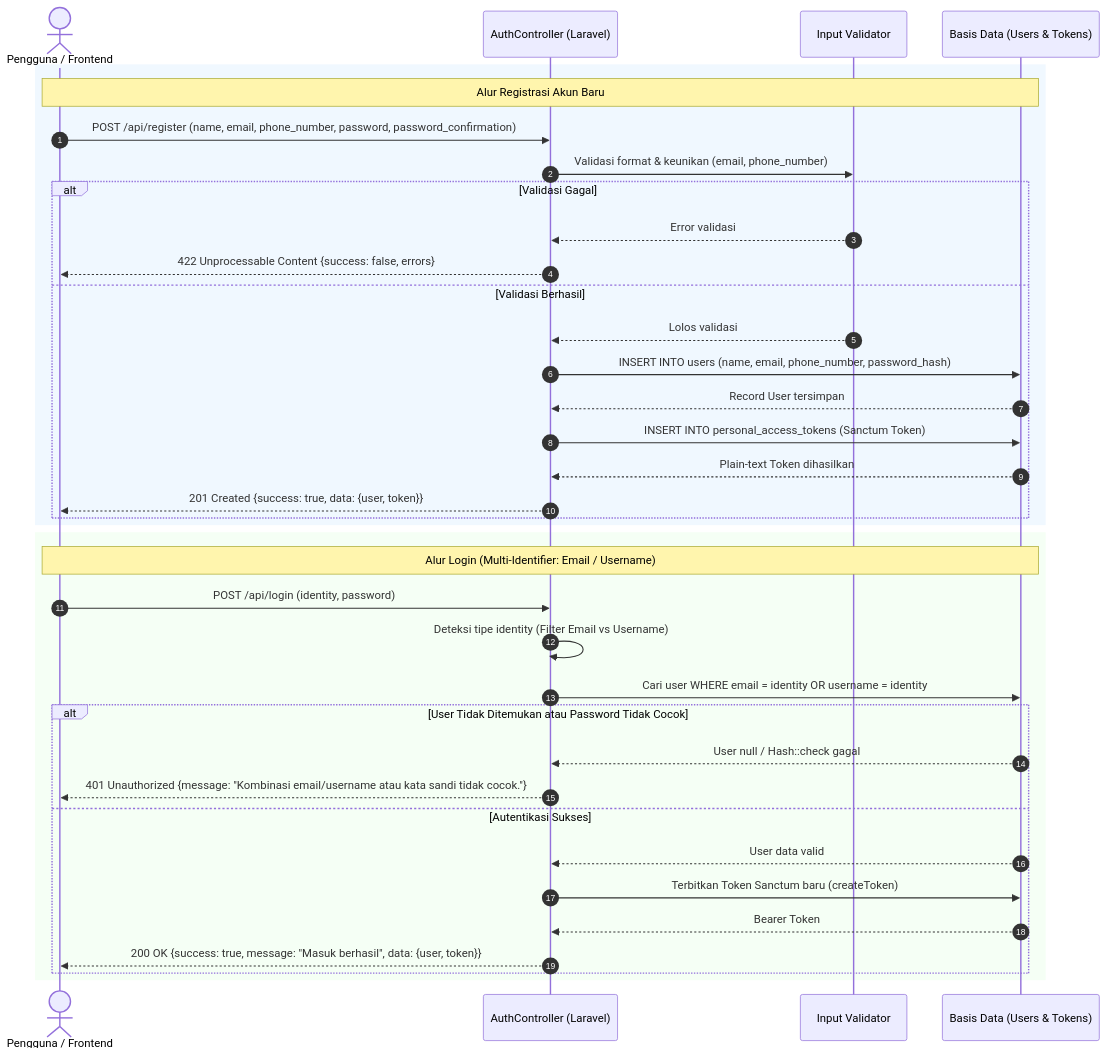
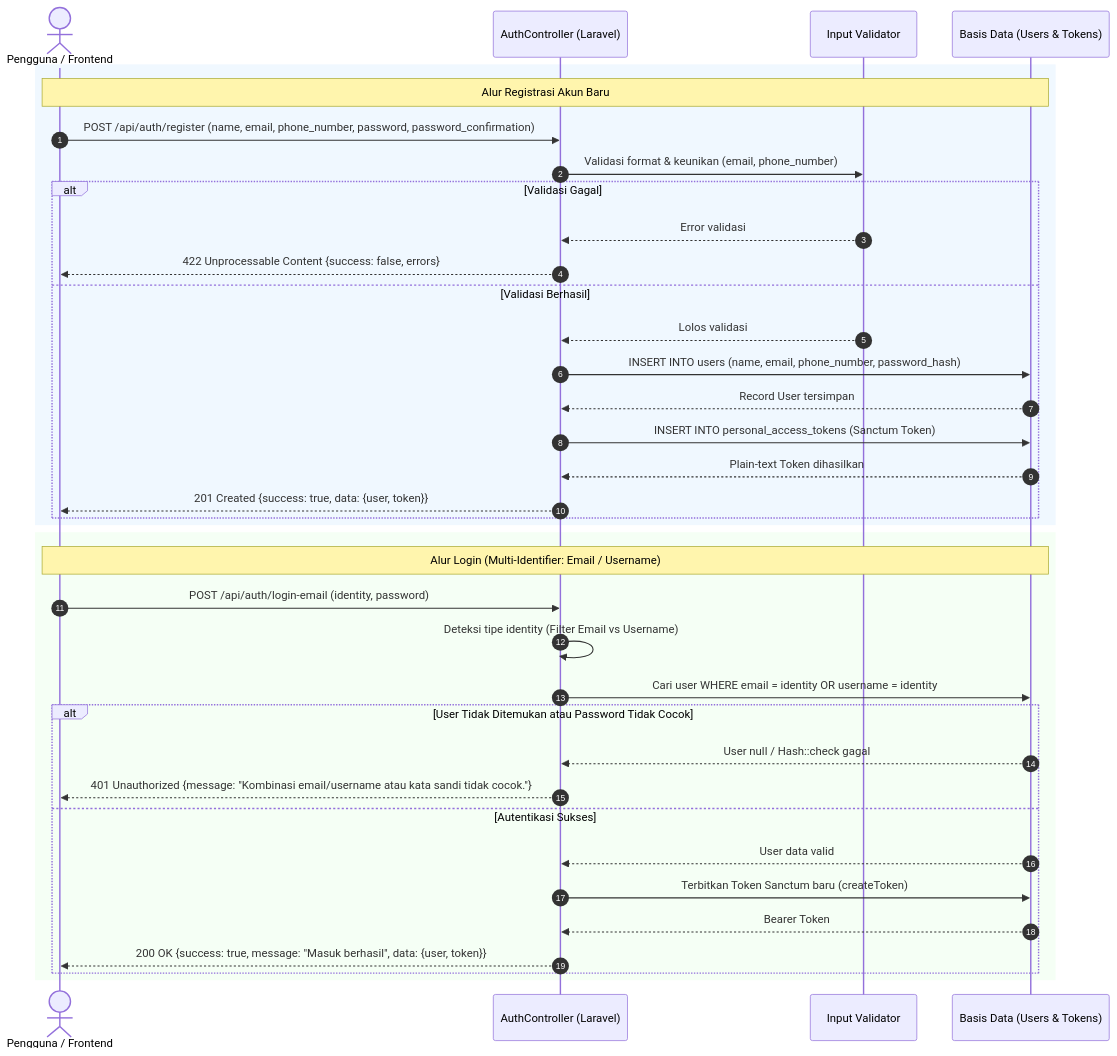
One commit to nabilkencana/Laravel-UKL changed the second of 3 diagrams in README.md. Above: the diagram before and after it, drawn with Mermaid. The commit also changed other lines of this file and 4 other files, not shown here.

Commit message:
Update README.md and Postman files; enhance API documentation and add Postman collections for testing authentication flows

````diff
--- a/README.md
+++ b/README.md
@@ -232,43 +233,43 @@
 ```mermaid
 sequenceDiagram
     autonumber
     actor Client as Pengguna / Frontend
     participant API as AuthController (Laravel)
     participant Validator as Input Validator
     participant DB as Basis Data (Users & Tokens)
 
     %% Skenario Registrasi
     rect rgb(240, 248, 255)
     note over Client, DB: Alur Registrasi Akun Baru
-    Client->>API: POST /api/register (name, email, phone_number, password, password_confirmation)
+    Client->>API: POST /api/auth/register (name, email, phone_number, password, password_confirmation)
     API->>Validator: Validasi format & keunikan (email, phone_number)
     alt Validasi Gagal
         Validator-->>API: Error validasi
         API-->>Client: 422 Unprocessable Content {success: false, errors}
     else Validasi Berhasil
         Validator-->>API: Lolos validasi
         API->>DB: INSERT INTO users (name, email, phone_number, password_hash)
         DB-->>API: Record User tersimpan
         API->>DB: INSERT INTO personal_access_tokens (Sanctum Token)
         DB-->>API: Plain-text Token dihasilkan
         API-->>Client: 201 Created {success: true, data: {user, token}}
     end
     end
 
     %% Skenario Login
     rect rgb(245, 255, 245)
     note over Client, DB: Alur Login (Multi-Identifier: Email / Username)
-    Client->>API: POST /api/login (identity, password)
+    Client->>API: POST /api/auth/login-email (identity, password)
     API->>API: Deteksi tipe identity (Filter Email vs Username)
     API->>DB: Cari user WHERE email = identity OR username = identity
     alt User Tidak Ditemukan atau Password Tidak Cocok
         DB-->>API: User null / Hash::check gagal
         API-->>Client: 401 Unauthorized {message: "Kombinasi email/username atau kata sandi tidak cocok."}
     else Autentikasi Sukses
         DB-->>API: User data valid
         API->>DB: Terbitkan Token Sanctum baru (createToken)
         DB-->>API: Bearer Token
         API-->>Client: 200 OK {success: true, message: "Masuk berhasil", data: {user, token}}
     end
     end
 ```
````
